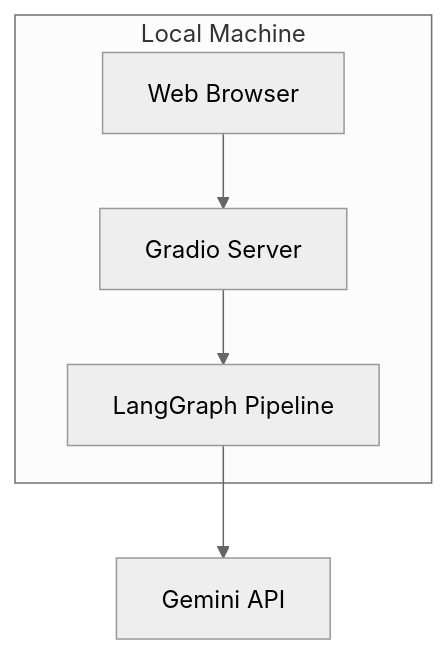
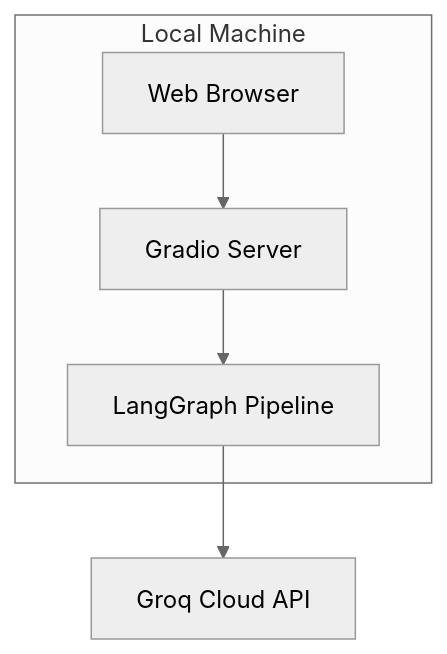
One commit to Aditya002500/test_case_generation changed the sixth of 9 diagrams in Synopsis.md. Above: the diagram before and after it, drawn with Mermaid (neutral theme). The commit also changed other lines of this file and 10347 other files, not shown here.

````diff
--- a/Synopsis.md
+++ b/Synopsis.md
@@ -582,11 +583,11 @@
 ```mermaid
 flowchart TB
     subgraph LocalMachine[Local Machine]
         Browser[Web Browser]
         Gradio[Gradio Server]
         Pipeline[LangGraph Pipeline]
         Browser --> Gradio
         Gradio --> Pipeline
     end
-    Pipeline --> Gemini[Gemini API]
+    Pipeline --> Groq[Groq Cloud API]
 ```
````
